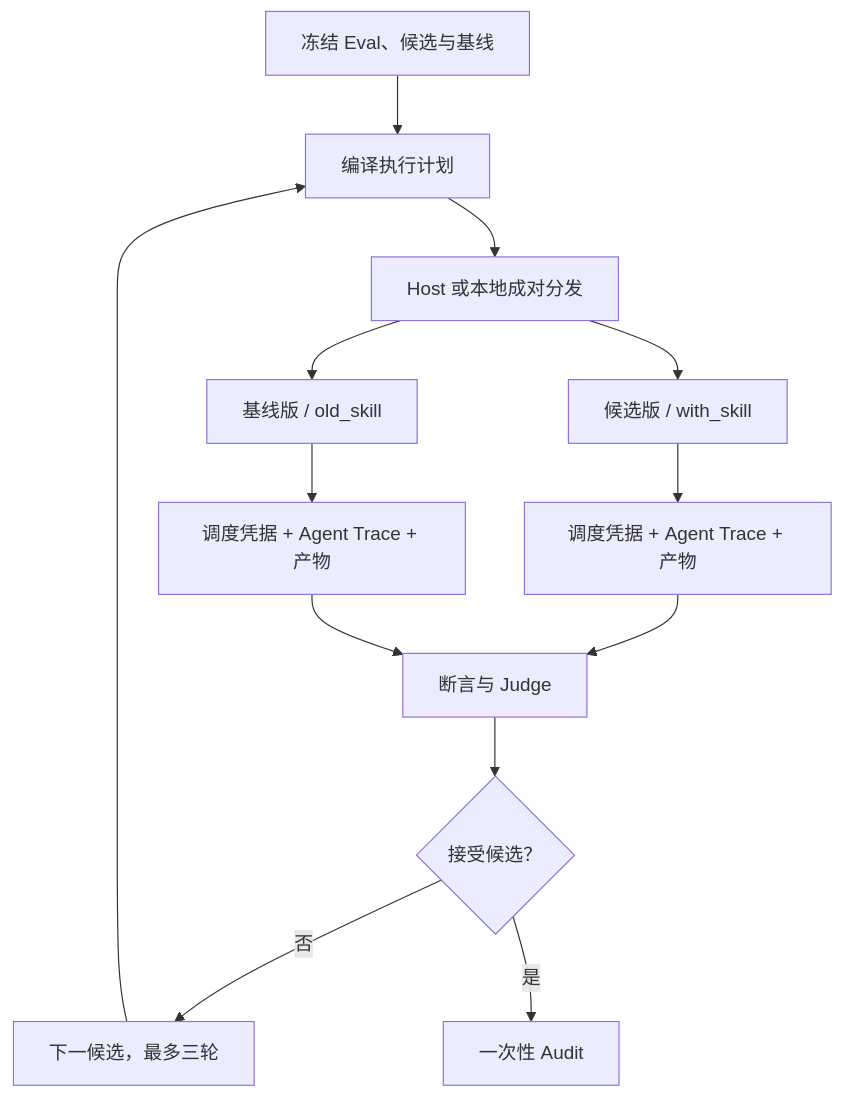
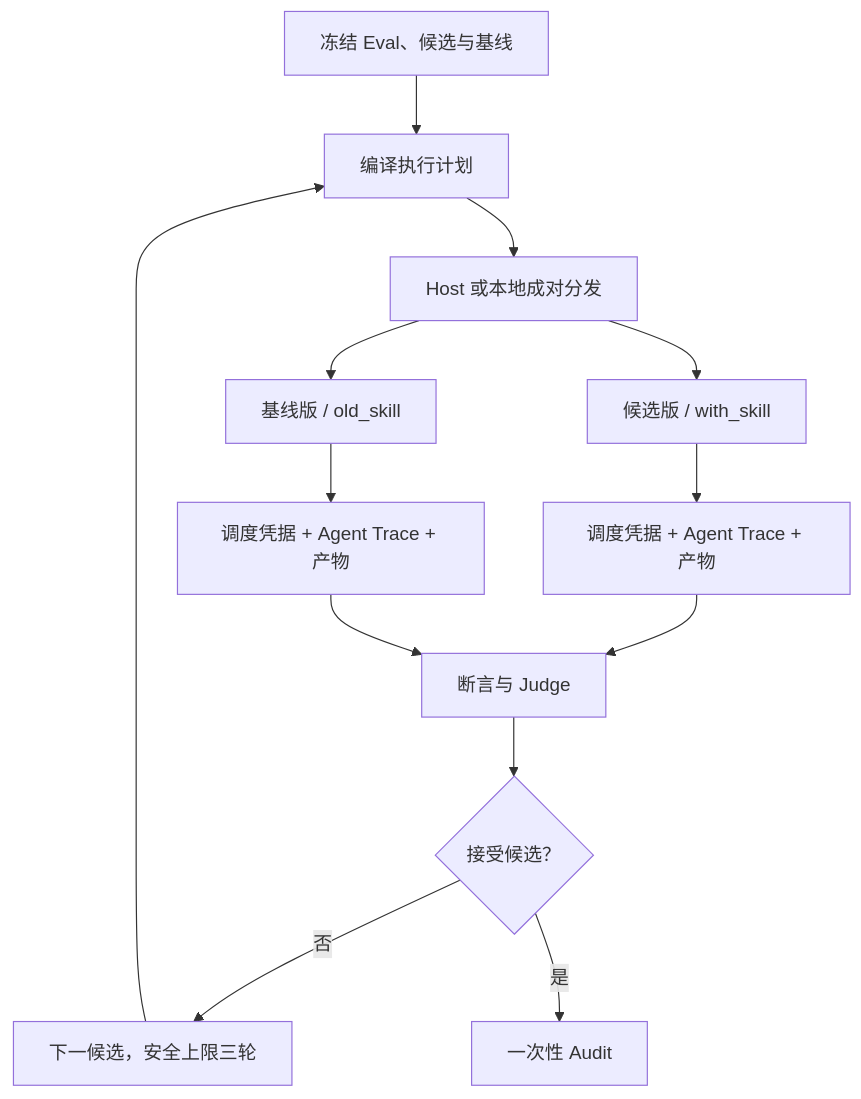
One commit to Nirvana-Jie/skill-reviewer changed the second of 2 diagrams in README.zh-CN.md. Above: the diagram before and after it, drawn with Mermaid. The commit also changed other lines of this file and 113 other files, not shown here.

````diff
--- a/README.zh-CN.md
+++ b/README.zh-CN.md
@@ -104,15 +117,15 @@
 ```mermaid
 flowchart TB
     M["冻结 Eval、候选与基线"] --> C["编译执行计划"]
     C --> D["Host 或本地成对分发"]
     D --> W["候选版 / with_skill"]
     D --> O["基线版 / old_skill"]
     W --> T1["调度凭据 + Agent Trace + 产物"]
     O --> T2["调度凭据 + Agent Trace + 产物"]
     T1 --> G["断言与 Judge"]
     T2 --> G
     G --> P{"接受候选？"}
-    P -- "否" --> N["下一候选，最多三轮"]
+    P -- "否" --> N["下一候选，安全上限三轮"]
     N --> C
     P -- "是" --> A["一次性 Audit"]
 ```
````
